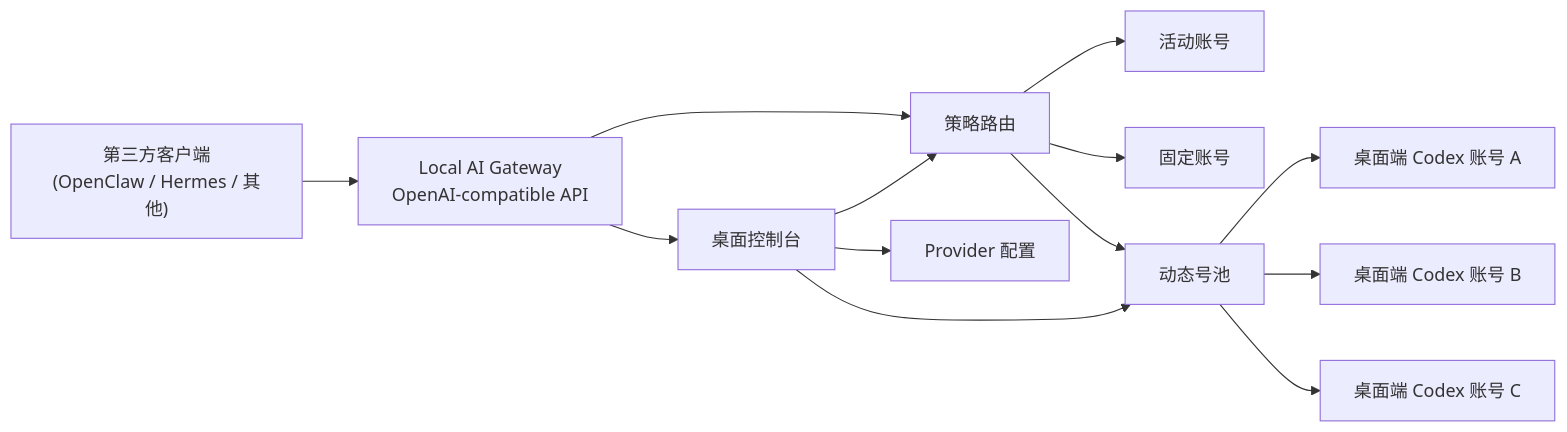
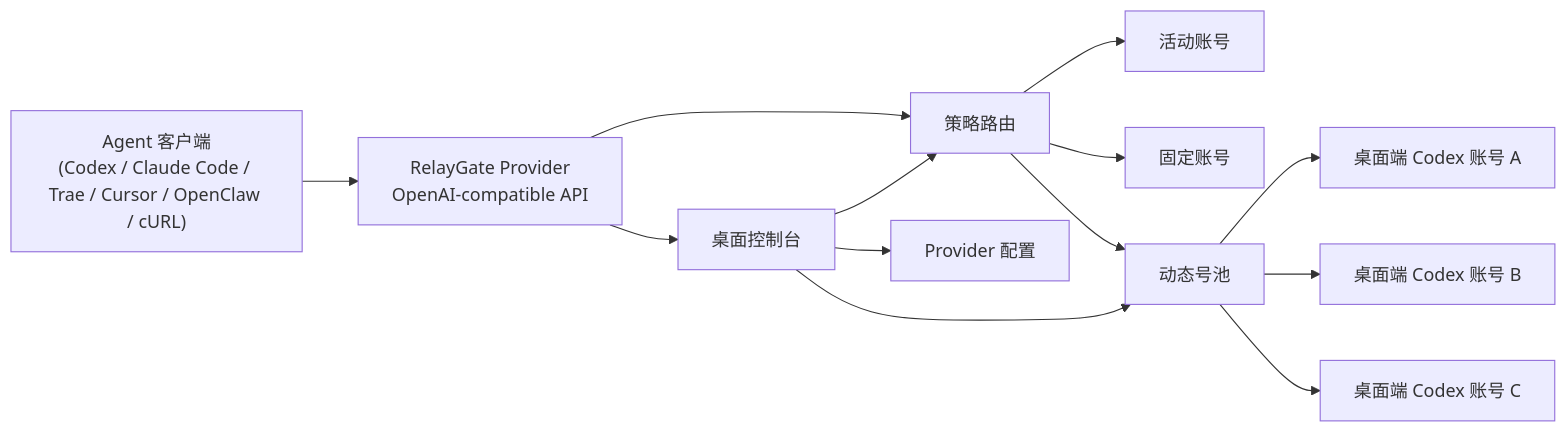
One commit to Henery002/local-ai-gateway changed the diagram in README.md. Above: the diagram before and after it, drawn with Mermaid. The commit also changed other lines of this file and 10 other files, not shown here.

````diff
--- a/README.md
+++ b/README.md
@@ -171,15 +171,15 @@
 ```mermaid
 flowchart LR
-  A["第三方客户端\n(OpenClaw / Hermes / 其他)"] --> B["Local AI Gateway\nOpenAI-compatible API"]
+  A["Agent 客户端\n(Codex / Claude Code / Trae / Cursor / OpenClaw / cURL)"] --> B["RelayGate Provider\nOpenAI-compatible API"]
   B --> C["策略路由"]
   C --> D["活动账号"]
   C --> E["固定账号"]
   C --> F["动态号池"]
   F --> G["桌面端 Codex 账号 A"]
   F --> H["桌面端 Codex 账号 B"]
   F --> I["桌面端 Codex 账号 C"]
   B --> J["桌面控制台"]
   J --> C
   J --> F
   J --> K["Provider 配置"]
 ```
````
